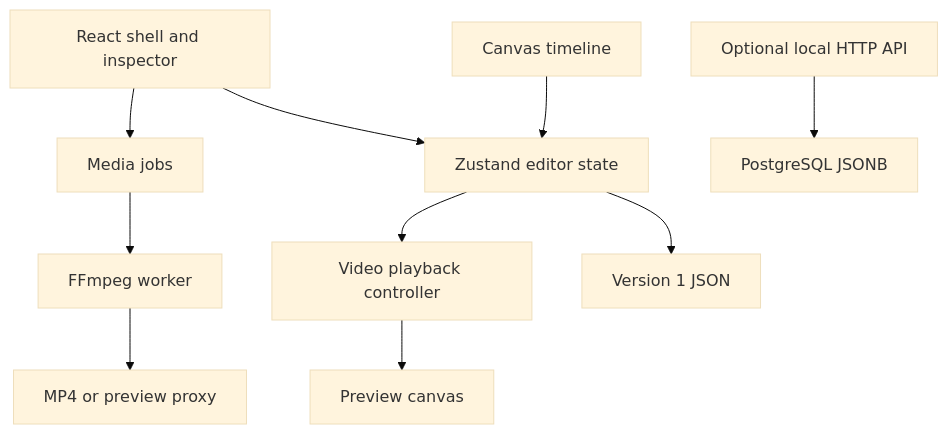
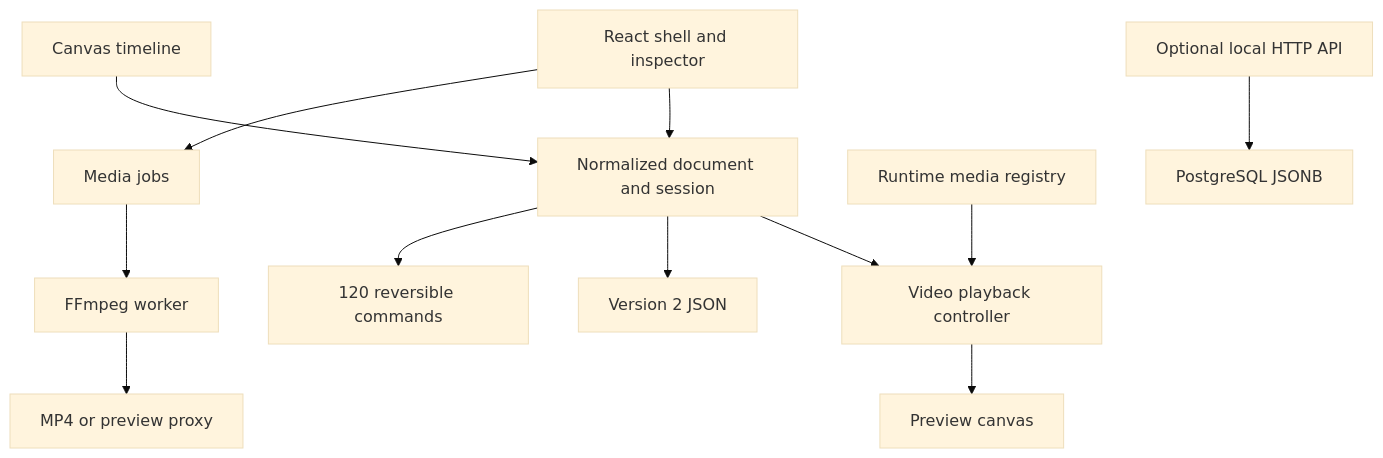
The diagram in README.md (farhanbin65/TrimCut), drawn with Mermaid (base theme) before and after one commit. The commit also changed other lines of this file and 62 other files, not shown here.

````diff
--- a/README.md
+++ b/README.md
@@ -42,12 +52,14 @@
 ```mermaid
 flowchart TD
-  UI["React shell and inspector"] --> S["Zustand editor state"]
+  UI["React shell and inspector"] --> S["Normalized document and session"]
   T["Canvas timeline"] --> S
   S --> P["Video playback controller"]
   P --> C["Preview canvas"]
   UI --> J["Media jobs"]
   J --> W["FFmpeg worker"]
   W --> O["MP4 or preview proxy"]
-  S --> D["Version 1 JSON"]
+  S --> D["Version 2 JSON"]
+  S --> H["120 reversible commands"]
+  R["Runtime media registry"] --> P
   API["Optional local HTTP API"] --> DB["PostgreSQL JSONB"]
 ```
````
